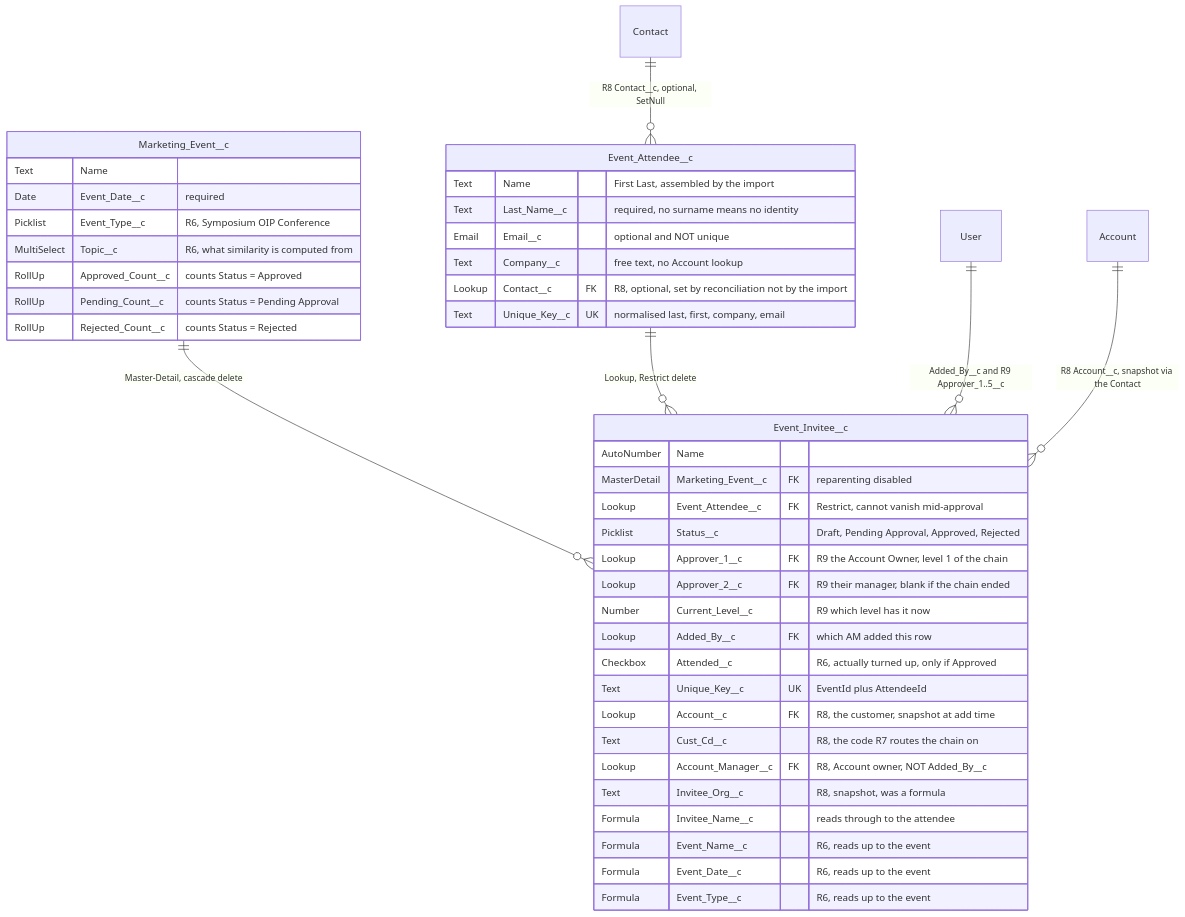
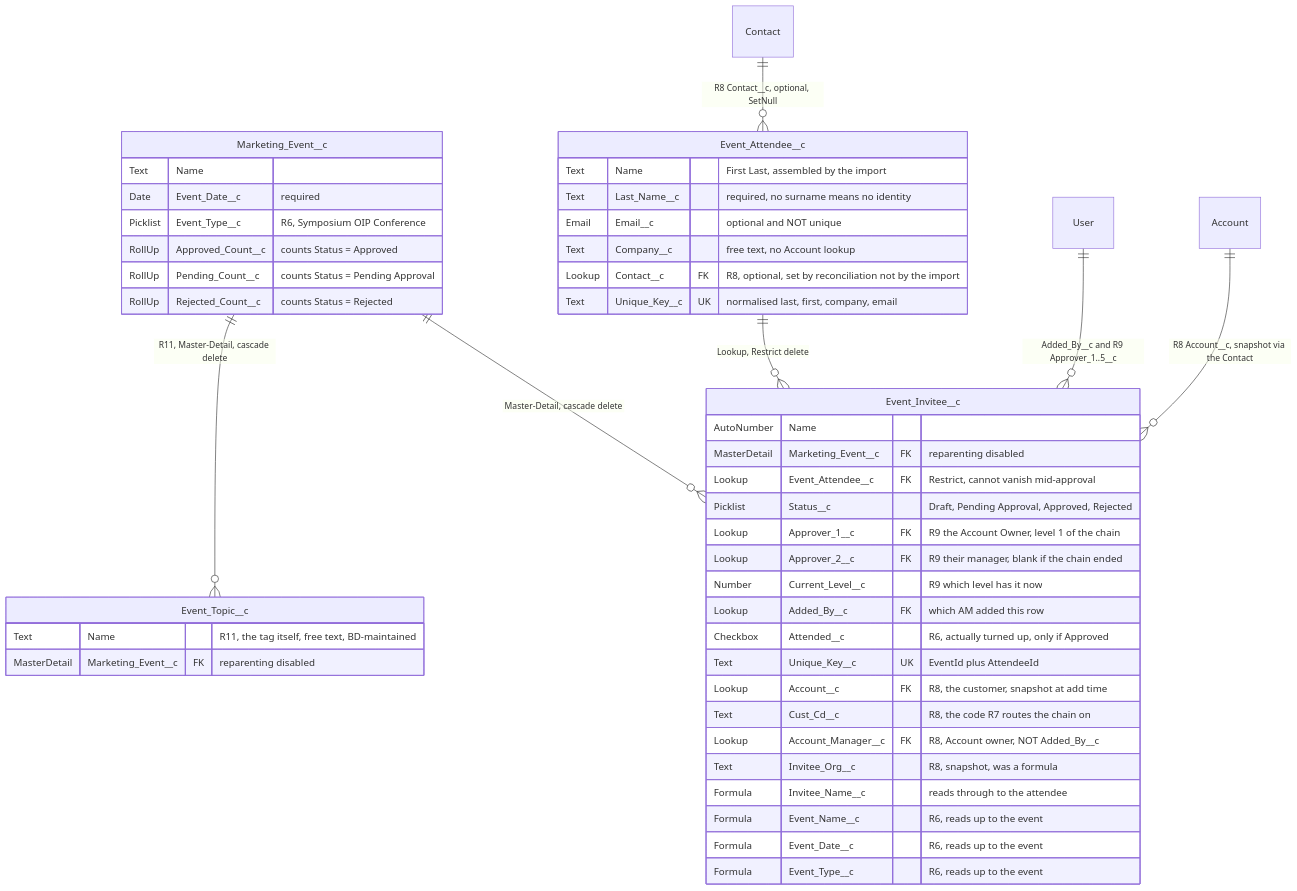
Before and after one commit to avence12/salesforce_event_mgmt: the diagram in design.md, drawn with Mermaid. The commit also changed other lines of this file and 14 other files, not shown here.

````diff
--- a/design.md
+++ b/design.md
@@ -506,48 +601,53 @@
 ```mermaid
 erDiagram
     Marketing_Event__c ||--o{ Event_Invitee__c : "Master-Detail, cascade delete"
+    Marketing_Event__c ||--o{ Event_Topic__c : "R11, Master-Detail, cascade delete"
     Event_Attendee__c  ||--o{ Event_Invitee__c : "Lookup, Restrict delete"
     User               ||--o{ Event_Invitee__c : "Added_By__c and R9 Approver_1..5__c"
     Contact            ||--o{ Event_Attendee__c : "R8 Contact__c, optional, SetNull"
     Account            ||--o{ Event_Invitee__c : "R8 Account__c, snapshot via the Contact"
 
     Marketing_Event__c {
         Text        Name
         Date        Event_Date__c "required"
         Picklist    Event_Type__c "R6, Symposium OIP Conference"
-        MultiSelect Topic__c "R6, what similarity is computed from"
         RollUp      Approved_Count__c "counts Status = Approved"
         RollUp      Pending_Count__c "counts Status = Pending Approval"
         RollUp      Rejected_Count__c "counts Status = Rejected"
+    }
+
+    Event_Topic__c {
+        Text         Name "R11, the tag itself, free text, BD-maintained"
+        MasterDetail Marketing_Event__c FK "reparenting disabled"
     }
 
     Event_Attendee__c {
         Text  Name "First Last, assembled by the import"
         Text  Last_Name__c "required, no surname means no identity"
         Email Email__c "optional and NOT unique"
         Text  Company__c "free text, no Account lookup"
         Lookup Contact__c FK "R8, optional, set by reconciliation not by the import"
         Text  Unique_Key__c UK "normalised last, first, company, email"
     }
 
     Event_Invitee__c {
         AutoNumber   Name
         MasterDetail Marketing_Event__c FK "reparenting disabled"
         Lookup       Event_Attendee__c FK "Restrict, cannot vanish mid-approval"
         Picklist     Status__c "Draft, Pending Approval, Approved, Rejected"
         Lookup       Approver_1__c FK "R9 the Account Owner, level 1 of the chain"
         Lookup       Approver_2__c FK "R9 their manager, blank if the chain ended"
         Number       Current_Level__c "R9 which level has it now"
         Lookup       Added_By__c FK "which AM added this row"
         Checkbox     Attended__c "R6, actually turned up, only if Approved"
         Text         Unique_Key__c UK "EventId plus AttendeeId"
         Lookup       Account__c FK "R8, the customer, snapshot at add time"
         Text         Cust_Cd__c "R8, the code R7 routes the chain on"
         Lookup       Account_Manager__c FK "R8, Account owner, NOT Added_By__c"
         Text         Invitee_Org__c "R8, snapshot, was a formula"
         Formula      Invitee_Name__c "reads through to the attendee"
         Formula      Event_Name__c "R6, reads up to the event"
         Formula      Event_Date__c "R6, reads up to the event"
         Formula      Event_Type__c "R6, reads up to the event"
     }
 ```
````
